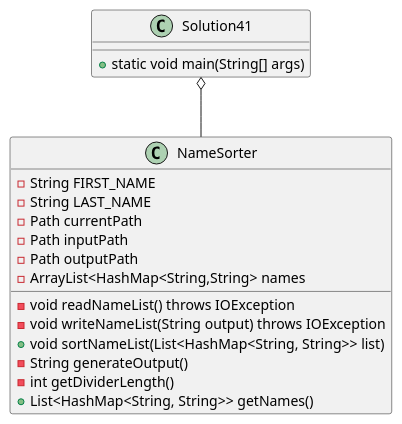
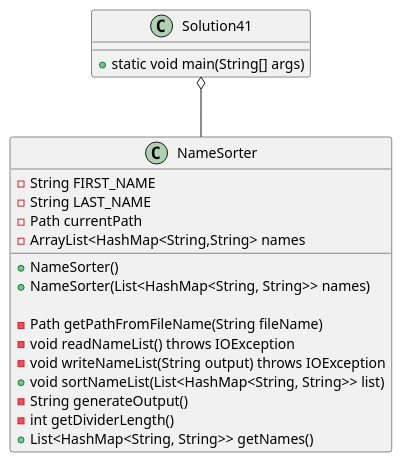
Before and after one commit to ethandrzb/thomas-a04: the diagram in exercise41/docs/class_diagram.puml, drawn with PlantUML.

Commit message:
Corrected UML diagram

```diff
--- a/exercise41/docs/class_diagram.puml
+++ b/exercise41/docs/class_diagram.puml
@@ -1,28 +1,31 @@
 @startuml
 'https://plantuml.com/class-diagram
 
 class Solution41
 {
     +static void main(String[] args)
 }
 
 class NameSorter
 {
     -String FIRST_NAME
     -String LAST_NAME
     -Path currentPath
-    -Path inputPath
-    -Path outputPath
     -ArrayList<HashMap<String,String> names
 
+    ' Constructors
+    +NameSorter()
+    +NameSorter(List<HashMap<String, String>> names)
+
+    -Path getPathFromFileName(String fileName)
     -void readNameList() throws IOException
     -void writeNameList(String output) throws IOException
     +void sortNameList(List<HashMap<String, String>> list)
     -String generateOutput()
     -int getDividerLength()
     +List<HashMap<String, String>> getNames()
 }
 
 Solution41 o-- NameSorter
 
 @enduml
```
